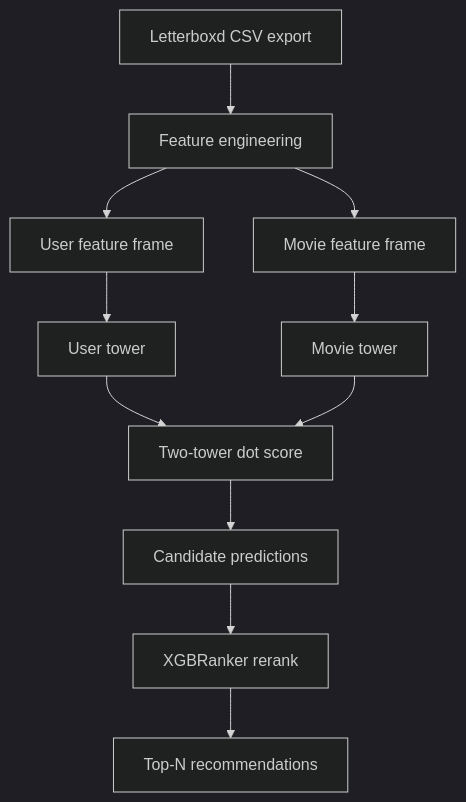
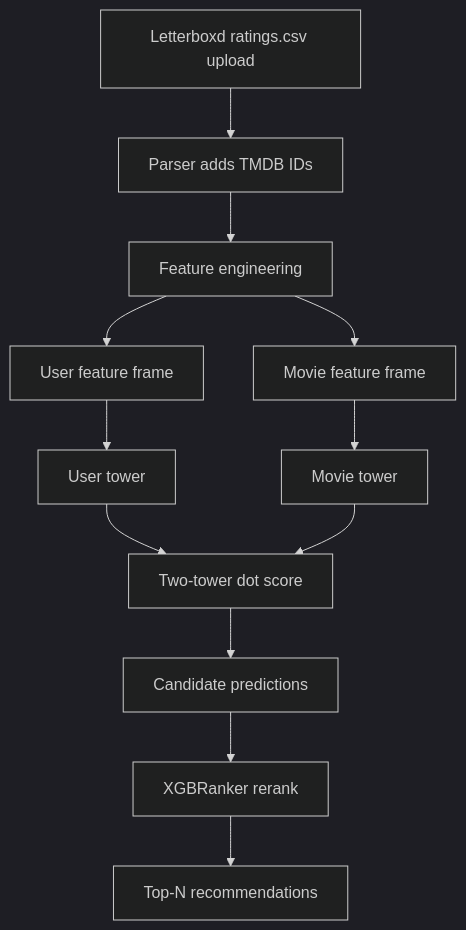
Before and after one commit to boyuanx0111/letterboxd-rec: the diagram in README.md, drawn with Mermaid (dark theme). The commit also changed other lines of this file and 24 other files, not shown here.

Commit message:
parser enriches tmdbid for ratings csv

````diff
--- a/README.md
+++ b/README.md
@@ -16,13 +16,14 @@
 ```mermaid
 flowchart TD
-    A[Letterboxd CSV export] --> B[Feature engineering]
+    A[Letterboxd ratings.csv upload] --> P[Parser adds TMDB IDs]
+    P --> B[Feature engineering]
     B --> C[User feature frame]
     B --> D[Movie feature frame]
     C --> E[User tower]
     D --> F[Movie tower]
     E --> G[Two-tower dot score]
     F --> G
     G --> H[Candidate predictions]
     H --> I[XGBRanker rerank]
     I --> J[Top-N recommendations]
 ```
````
